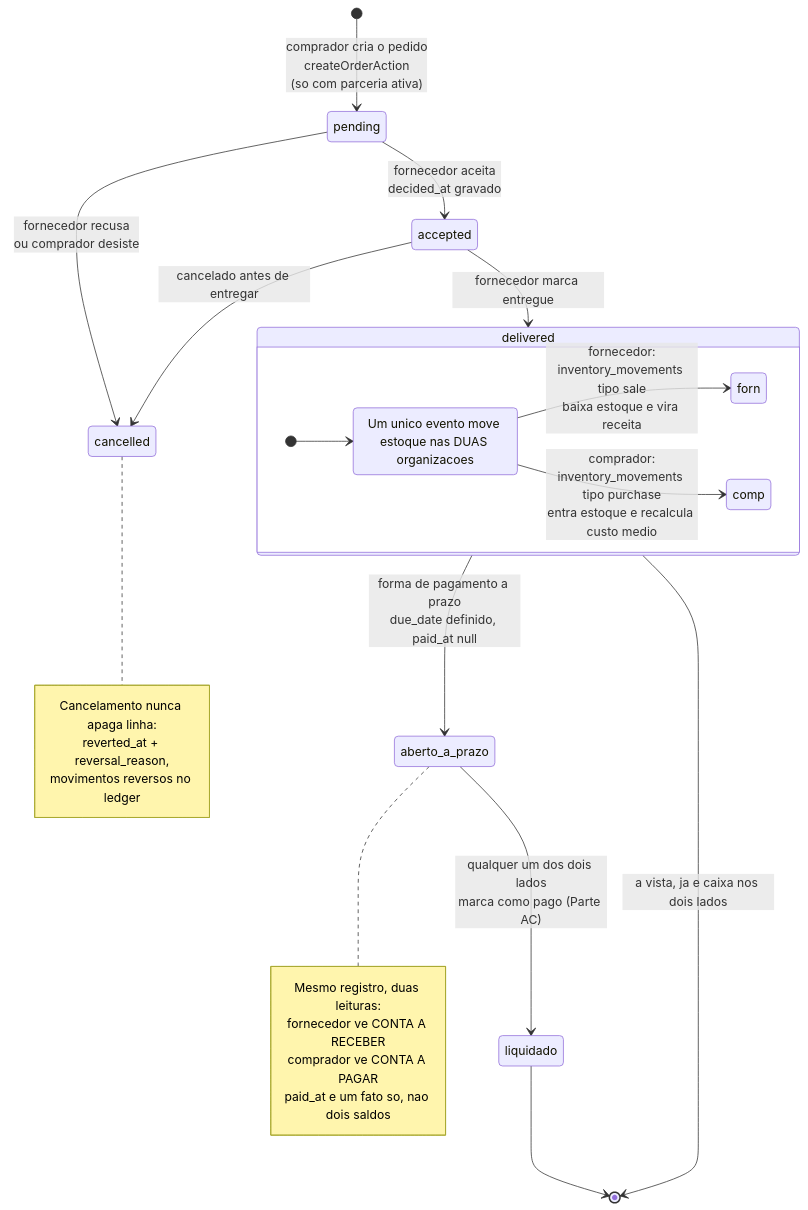
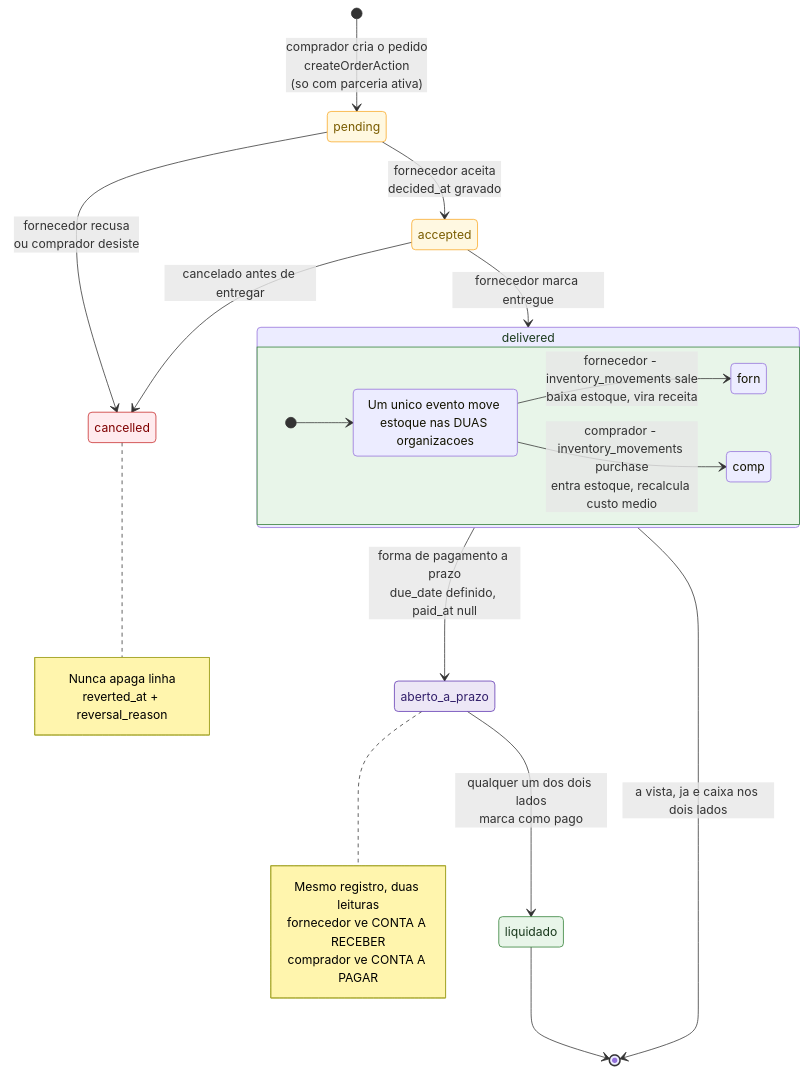
One commit to lucassnts963/distribuidora-gelados changed the fifth of 10 diagrams in docs/diagramas.md. Above: the diagram before and after it, drawn with Mermaid. The commit also changed other lines of this file, not shown here.

First line of the commit message:
docs: colore os diagramas de fluxo e adiciona ER do schema por dominio

````diff
--- a/docs/diagramas.md
+++ b/docs/diagramas.md
@@ -215,38 +267,48 @@
 ```mermaid
 stateDiagram-v2
   direction TB
   [*] --> pending: comprador cria o pedido<br/>createOrderAction<br/>(so com parceria ativa)
 
   pending --> accepted: fornecedor aceita<br/>decided_at gravado
   pending --> cancelled: fornecedor recusa<br/>ou comprador desiste
 
   accepted --> delivered: fornecedor marca entregue
   accepted --> cancelled: cancelado antes de entregar
 
   state delivered {
     direction LR
     [*] --> dois_lados
     dois_lados: Um unico evento move estoque nas DUAS organizacoes
-    dois_lados --> forn: fornecedor:<br/>inventory_movements tipo sale<br/>baixa estoque e vira receita
-    dois_lados --> comp: comprador:<br/>inventory_movements tipo purchase<br/>entra estoque e recalcula custo medio
+    dois_lados --> forn: fornecedor - inventory_movements sale<br/>baixa estoque, vira receita
+    dois_lados --> comp: comprador - inventory_movements purchase<br/>entra estoque, recalcula custo medio
   }
 
   delivered --> aberto_a_prazo: forma de pagamento a prazo<br/>due_date definido, paid_at null
   delivered --> [*]: a vista, ja e caixa nos dois lados
 
-  aberto_a_prazo --> liquidado: qualquer um dos dois lados<br/>marca como pago (Parte AC)
+  aberto_a_prazo --> liquidado: qualquer um dos dois lados<br/>marca como pago
   liquidado --> [*]
 
   note right of aberto_a_prazo
-    Mesmo registro, duas leituras:
+    Mesmo registro, duas leituras
     fornecedor ve CONTA A RECEBER
     comprador ve CONTA A PAGAR
-    paid_at e um fato so, nao dois saldos
   end note
 
   note right of cancelled
-    Cancelamento nunca apaga linha:
-    reverted_at + reversal_reason,
-    movimentos reversos no ledger
+    Nunca apaga linha
+    reverted_at + reversal_reason
   end note
+
+  classDef pendingState fill:#fff8e1,stroke:#f9a825,color:#7a5c00
+  classDef okState fill:#e8f5e9,stroke:#2e7d32,color:#1b3a1e
+  classDef blockedState fill:#ffebee,stroke:#c62828,color:#7f0000
+  classDef openState fill:#ede7f6,stroke:#5e35b1,color:#33206b
+
+  class pending pendingState
+  class accepted pendingState
+  class delivered okState
+  class cancelled blockedState
+  class aberto_a_prazo openState
+  class liquidado okState
 ```
````
